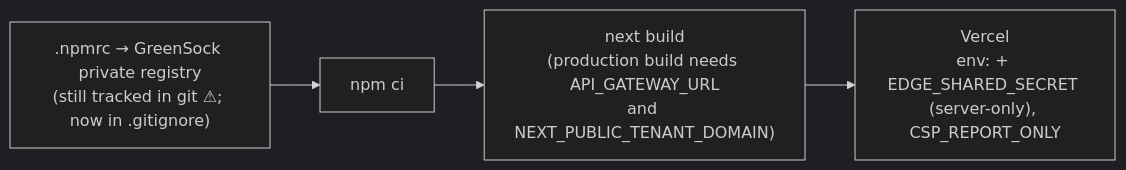
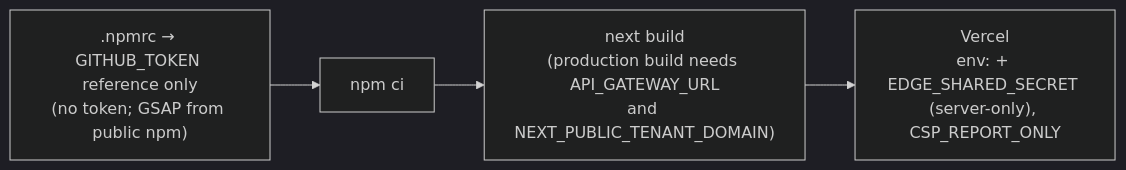
One commit to Zerror-Studios/deveshe changed the sixth of 6 diagrams in docs/architecture/solution-architecture.md. Above: the diagram before and after it, drawn with Mermaid (dark theme). The commit also changed other lines of this file and 6 other files, not shown here.

First line of the commit message:
fix(build): GSAP from the public npm registry (SF-2)

````diff
--- a/docs/architecture/solution-architecture.md
+++ b/docs/architecture/solution-architecture.md
@@ -138,4 +138,4 @@
 ```mermaid
 flowchart LR
-    NPMRC[".npmrc → GreenSock private registry<br/>(still tracked in git ⚠; now in .gitignore)"] --> CI["npm ci"] --> NB["next build<br/>(production build needs API_GATEWAY_URL<br/>and NEXT_PUBLIC_TENANT_DOMAIN)"] --> HOST["Vercel<br/>env: + EDGE_SHARED_SECRET (server-only), CSP_REPORT_ONLY"]
+    NPMRC[".npmrc → GITHUB_TOKEN reference only<br/>(no token; GSAP from public npm)"] --> CI["npm ci"] --> NB["next build<br/>(production build needs API_GATEWAY_URL<br/>and NEXT_PUBLIC_TENANT_DOMAIN)"] --> HOST["Vercel<br/>env: + EDGE_SHARED_SECRET (server-only), CSP_REPORT_ONLY"]
 ```
````
